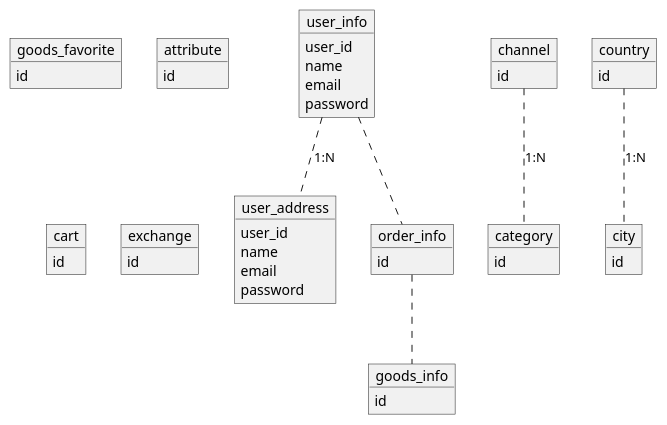
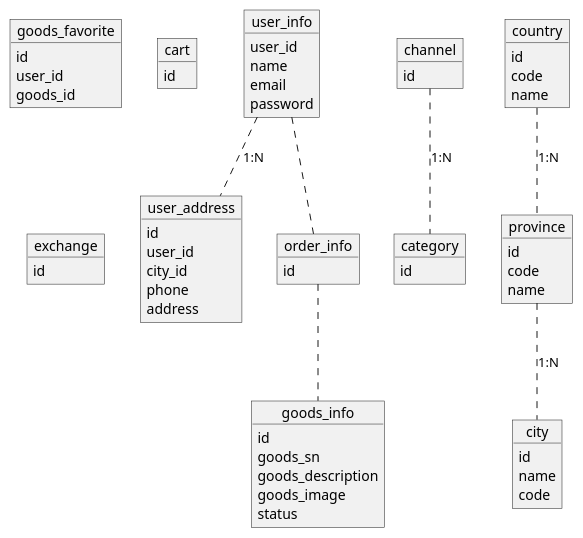
Before and after one commit to wonderflyer/doc: the diagram in shop.puml, drawn with PlantUML. The commit also changed 1 other file, not shown here.

```diff
--- a/shop.puml
+++ b/shop.puml
@@ -1,64 +1,78 @@
 @startuml
 
 object user_info {
     user_id
     name
     email
     password
 }
 
 object user_address {
+    id
     user_id
-    name
-    email
-    password
+    city_id
+    phone
+    address
 }
 
 object order_info {
     id
 }
 
 object goods_info {
     id
+    goods_sn
+    goods_description
+    goods_image
+    status
 }
 
 object goods_favorite {
     id
+    user_id
+    goods_id
 }
 
 object category {
     id
 }
 
 object channel {
     id
 }
 
 object country {
     id
+    code
+    name
+}
+
+object province {
+    id
+    code
+    name
 }
 
 object city {
     id
-}
-
-object attribute {
-    id
+    name
+    code
 }
 
 object cart {
     id
 }
 
 object exchange {
     id
 }
 
 user_info .. user_address : 1:N
-country .. city : 1:N
+country .. province : 1:N
+province .. city : 1:N
 channel .. category : 1:N
 
 user_info .. order_info
 order_info .. goods_info
 
 @enduml
```
